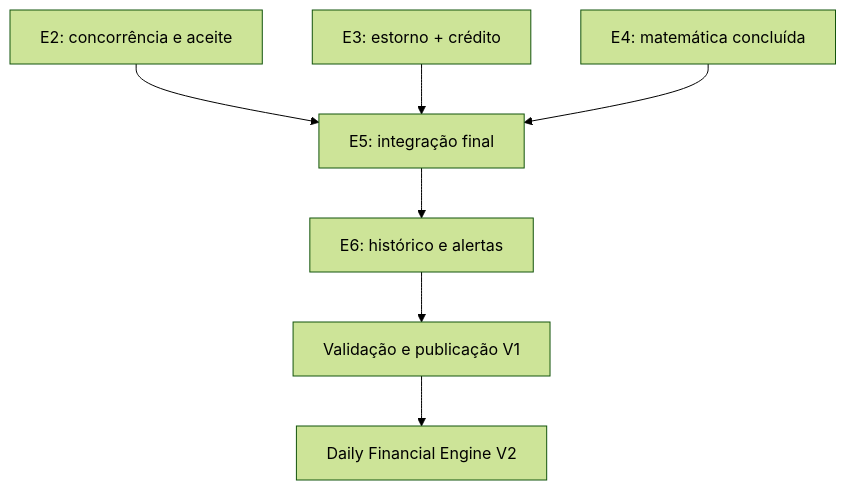
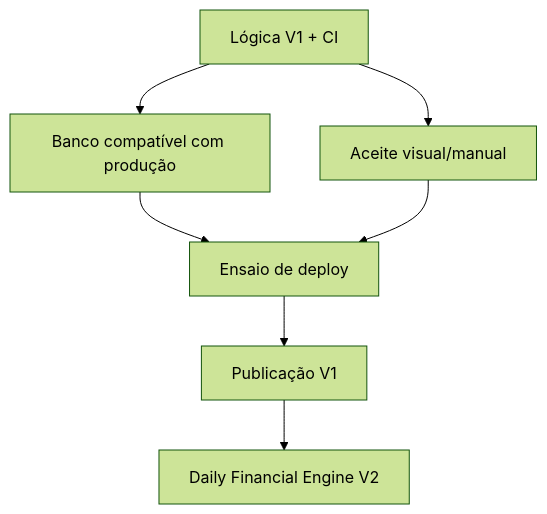
Before and after one commit to Gabriel-AR-Silva/FinanSys: the diagram in FINANCIAL_PLANNING_STAGES.md, drawn with Mermaid (forest theme). The commit also changed other lines of this file, not shown here.

Commit message:
docs: mark V1 logic implemented and separate remaining acceptance gates

````diff
--- a/FINANCIAL_PLANNING_STAGES.md
+++ b/FINANCIAL_PLANNING_STAGES.md
@@ -32,9 +32,9 @@
 ```mermaid
 flowchart TD
-    E2["E2: concorrência e aceite"] --> E5["E5: integração final"]
-    E3["E3: estorno + crédito"] --> E5
-    E4["E4: matemática concluída"] --> E5
-    E5 --> E6["E6: histórico e alertas"]
-    E6 --> PUB["Validação e publicação V1"]
+    LOGIC["Lógica V1 + CI"] --> DB["Banco compatível com produção"]
+    LOGIC --> VISUAL["Aceite visual/manual"]
+    DB --> DEPLOY["Ensaio de deploy"]
+    VISUAL --> DEPLOY
+    DEPLOY --> PUB["Publicação V1"]
     PUB --> V2["Daily Financial Engine V2"]
 ```
````
